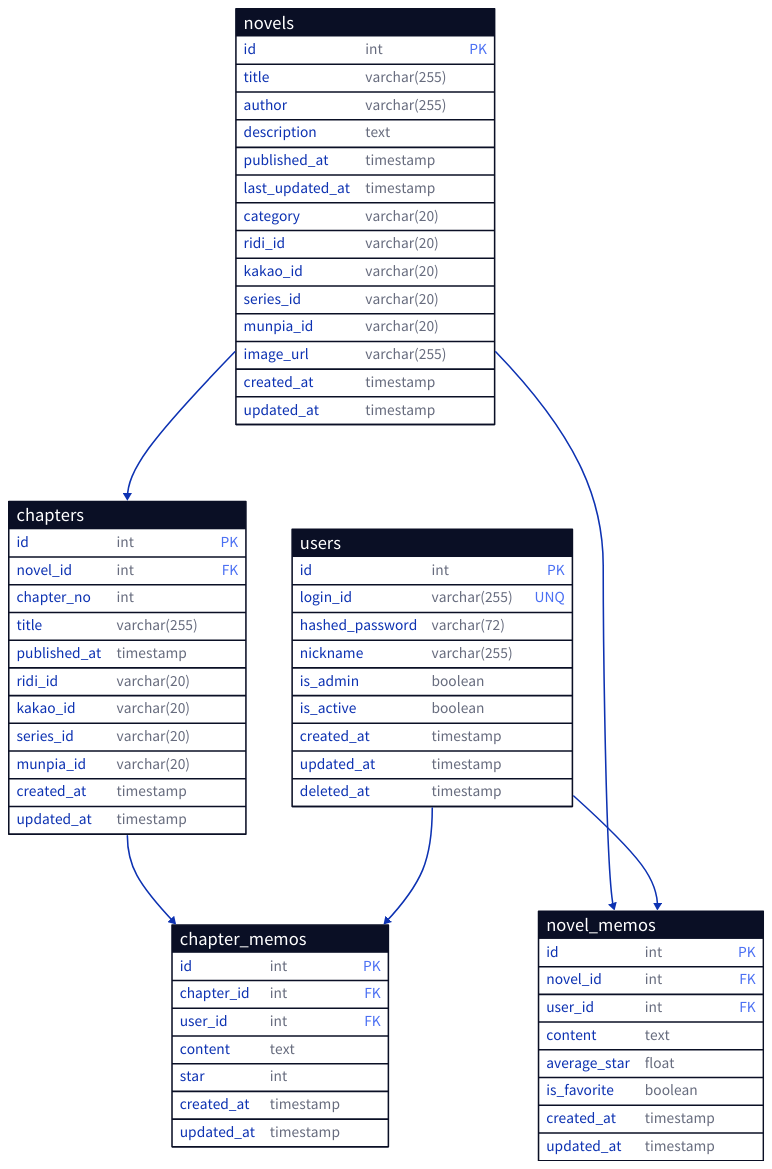
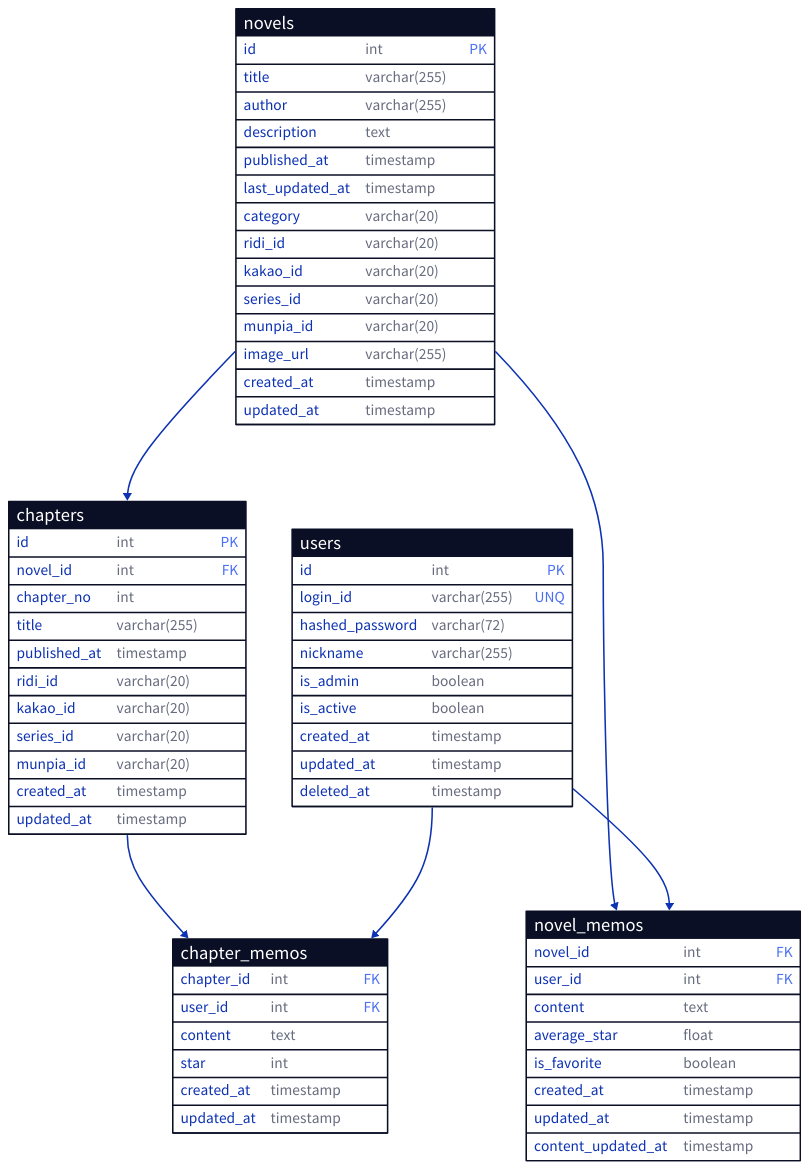
One commit to arbans1/Novelog-Backend changed the diagram in sql/models.d2. Above: the diagram before and after it, drawn with D2. The commit also changed 10 other files, not shown here.

```diff
--- a/sql/models.d2
+++ b/sql/models.d2
@@ -1,73 +1,72 @@
 users: {
   shape: sql_table
   id: int {constraint: primary_key} # 아이디
   login_id: varchar(255) {constraint: unique} # 이메일
   hashed_password: varchar(72) # 해시된 비밀번호
   nickname: varchar(255) # 닉네임
   is_admin: boolean # 관리자 여부
   is_active: boolean # 활성화 여부
   created_at: timestamp # 생성일
   updated_at: timestamp # 수정일
   deleted_at: timestamp # 삭제일
 }
 
 novels: {
   shape: sql_table
   id: int {constraint: primary_key} # 아이디
   title: varchar(255) # 제목
   author: varchar(255) # 작가
   description: text # 설명
   published_at: timestamp # 공개일
   last_updated_at: timestamp # 최종 업데이트일
   category: varchar(20) # 카테고리
   ridi_id: varchar(20) # 리디북스 아이디
   kakao_id: varchar(20) # 카카오 페이지 아이디
   series_id: varchar(20) # 시리즈 아이디
   munpia_id: varchar(20) # 문피아 아이디
   image_url: varchar(255) # 이미지 URL
   created_at: timestamp # 생성일
   updated_at: timestamp # 수정일
 }
 
 chapters: {
   shape: sql_table
   id: int {constraint: primary_key} # 아이디
   novel_id: int {constraint: foreign_key} # 소설 아이디
   chapter_no: int # 챕터 번호
   title: varchar(255) # 제목
   published_at: timestamp # 공개일
   ridi_id: varchar(20) # 리디북스 아이디
   kakao_id: varchar(20) # 카카오 페이지 아이디
   series_id: varchar(20) # 시리즈 아이디
   munpia_id: varchar(20) # 문피아 아이디
   created_at: timestamp # 생성일
   updated_at: timestamp # 수정일
 }
 novels.id -> chapters.novel_id
 
 novel_memos: {
   shape: sql_table
-  id: int {constraint: primary_key} # 아이디
   novel_id: int {constraint: foreign_key} # 소설 아이디
   user_id: int {constraint: foreign_key} # 유저 아이디
   content: text # 내용
   average_star: float # 평균 별점
   is_favorite: boolean # 즐겨찾기 여부
   created_at: timestamp # 생성일
   updated_at: timestamp # 수정일
+  content_updated_at: timestamp # 내용 수정일
 }
 novels.id -> novel_memos.novel_id
 users.id -> novel_memos.user_id
 
 chapter_memos: {
   shape: sql_table
-  id: int {constraint: primary_key} # 아이디
   chapter_id: int {constraint: foreign_key} # 챕터 아이디
   user_id: int {constraint: foreign_key} # 유저 아이디
   content: text # 내용
   star: int # 별점
   created_at: timestamp # 생성일
   updated_at: timestamp # 수정일
 }
 chapters.id -> chapter_memos.chapter_id
 users.id -> chapter_memos.user_id
```
